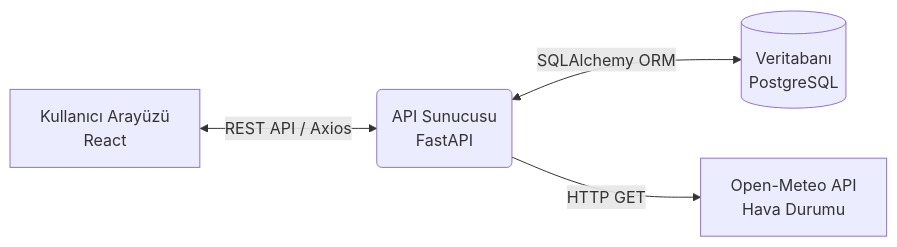
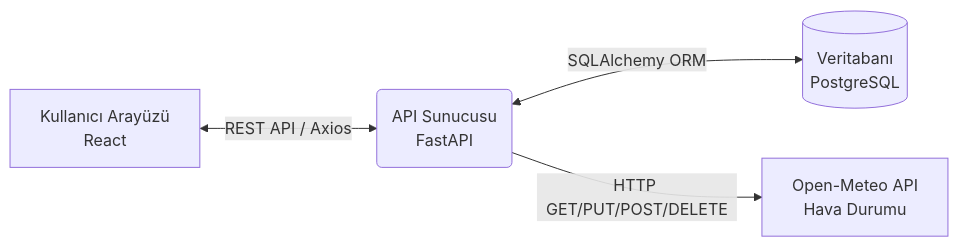
Before and after one commit to emirercan3459/hangar-lojistik-sistemi: the first of 2 diagrams in README.md, drawn with Mermaid.

````diff
--- a/README.md
+++ b/README.md
@@ -33,6 +33,6 @@
 ```mermaid
 graph LR
     A[Kullanıcı Arayüzü<br>React] <-->|REST API / Axios| B(API Sunucusu<br>FastAPI)
     B <-->|SQLAlchemy ORM| C[(Veritabanı<br>PostgreSQL)]
-    B -->|HTTP GET| D[Open-Meteo API<br>Hava Durumu]
+    B -->|HTTP GET/PUT/POST/DELETE| D[Open-Meteo API<br>Hava Durumu]
 ```
````
